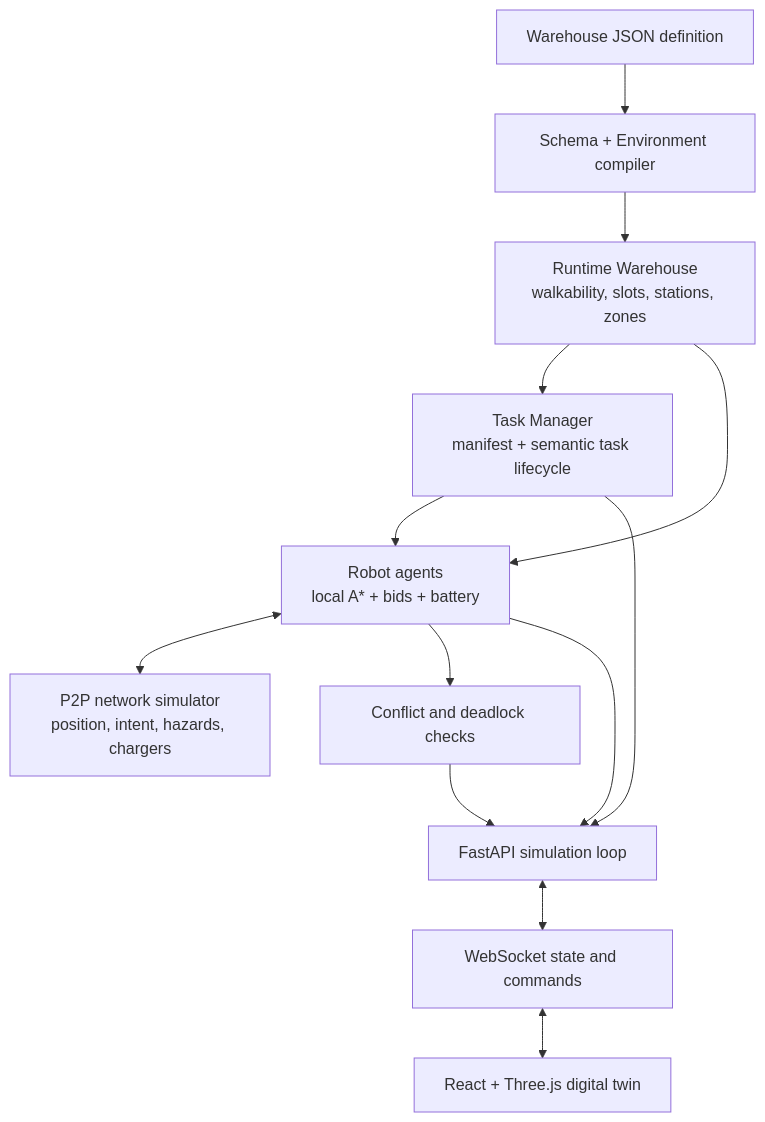
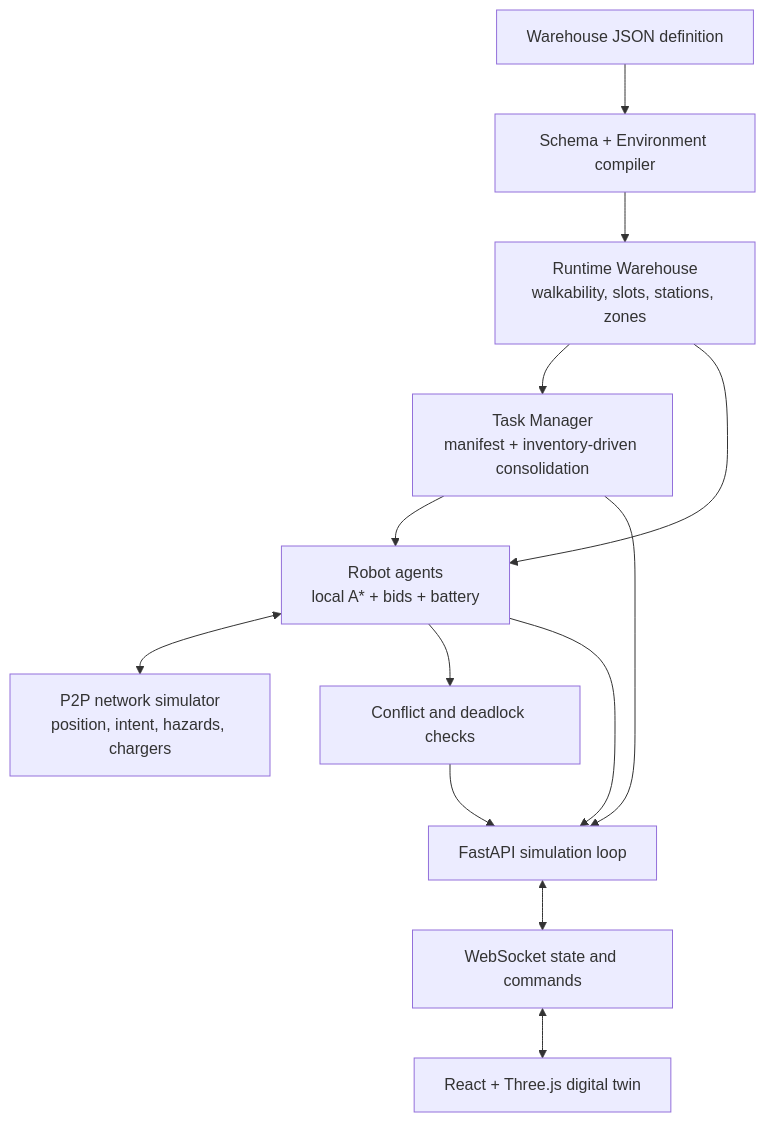
Before and after one commit to Farhan0629/Fleet-In-Motion: the diagram in README.md, drawn with Mermaid. The commit also changed other lines of this file and 25 other files, not shown here.

Commit message:
feat: rebuild Phase 6 as inventory-driven rack consolidation

````diff
--- a/README.md
+++ b/README.md
@@ -70,24 +70,24 @@
 ```mermaid
 flowchart TB
     Definition[Warehouse JSON definition]
     Compiler[Schema + Environment compiler]
     Runtime[Runtime Warehouse\nwalkability, slots, stations, zones]
-    Tasks[Task Manager\nmanifest + semantic task lifecycle]
+    Tasks[Task Manager\nmanifest + inventory-driven consolidation]
     Fleet[Robot agents\nlocal A* + bids + battery]
     Mesh[P2P network simulator\nposition, intent, hazards, chargers]
     Safety[Conflict and deadlock checks]
     Server[FastAPI simulation loop]
     Socket[WebSocket state and commands]
     Twin[React + Three.js digital twin]
 
     Definition --> Compiler --> Runtime
     Runtime --> Tasks
     Runtime --> Fleet
     Tasks --> Fleet
     Fleet <--> Mesh
     Fleet --> Safety
     Tasks --> Server
     Fleet --> Server
     Safety --> Server
     Server <--> Socket <--> Twin
 ```
````
